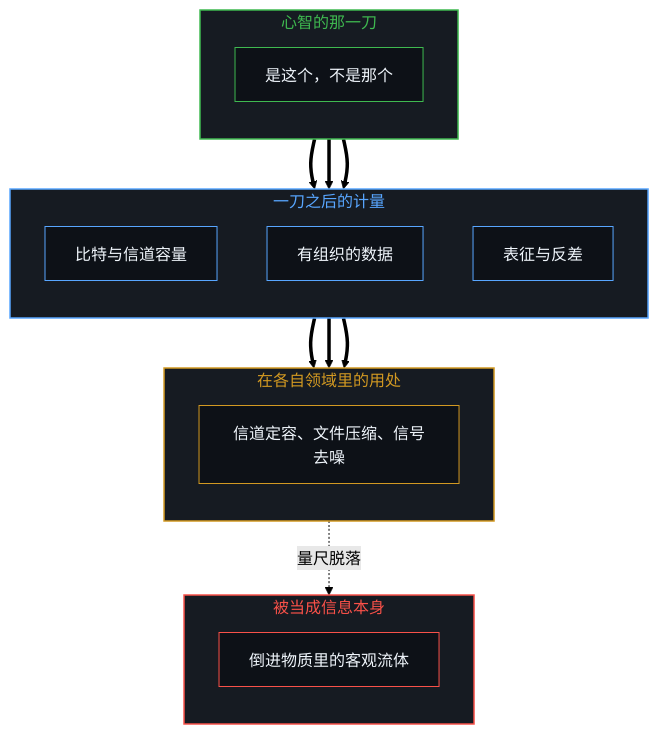
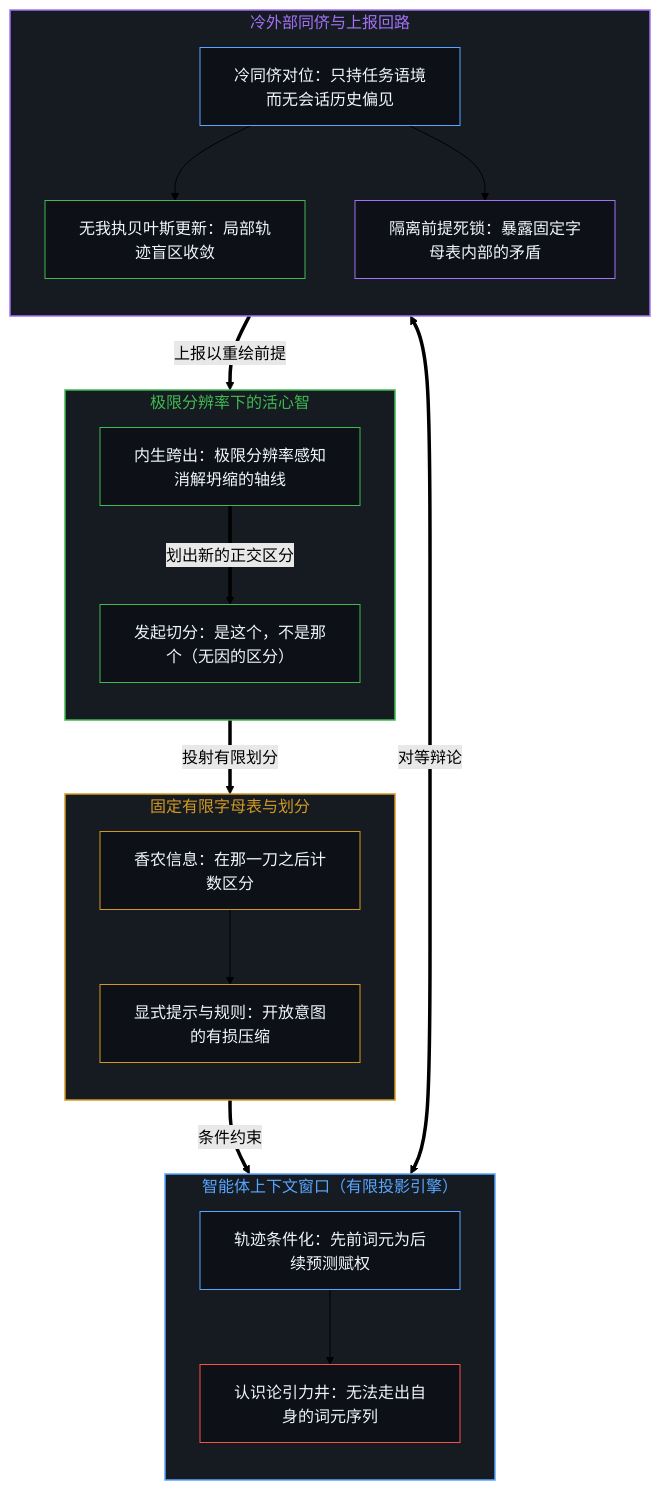
One commit to powerpig99/not-a-toe changed the first of 2 diagrams in content/posts/what-information-is.md. Above: the diagram before and after it, drawn with Mermaid (forest theme). The commit also changed other lines of this file and 1 other file, not shown here.

````diff
--- a/content/posts/what-information-is.md
+++ b/content/posts/what-information-is.md
@@ -42,38 +43,51 @@
 ```mermaid
 flowchart TD
-    subgraph S_Cut["心智的那一刀"]
+    subgraph S_Mind["极限分辨率下的活心智"]
         direction TB
-        C1["是这个，不是那个"]
+        C1["发起切分：是这个，不是那个（无因的区分）"]
+        C2["内生跨出：极限分辨率感知消解坍缩的轴线"]
     end
-    subgraph S_Count["一刀之后的计量"]
+
+    subgraph S_Alphabet["固定有限字母表与划分"]
         direction TB
-        M1["比特与信道容量"]
-        M2["有组织的数据"]
-        M3["表征与反差"]
+        M1["香农信息：在那一刀之后计数区分"]
+        M2["显式提示与规则：开放意图的有损压缩"]
+        M1 --> M2
     end
-    subgraph S_Use["在各自领域里的用处"]
+
+    subgraph S_Engine["智能体上下文窗口（有限投影引擎）"]
         direction TB
-        U1["信道定容、文件压缩、信号去噪"]
+        E1["轨迹条件化：先前词元为后续预测赋权"]
+        E2["认识论引力井：无法走出自身的词元序列"]
+        E1 --> E2
     end
-    subgraph S_Freeze["被当成信息本身"]
+
+    subgraph S_Peer["冷外部同侪与上报回路"]
         direction TB
-        F1["倒进物质里的客观流体"]
+        P1["冷同侪对位：只持任务语境而无会话历史偏见"]
+        P2["无我执贝叶斯更新：局部轨迹盲区收敛"]
+        P3["隔离前提死锁：暴露固定字母表内部的矛盾"]
+        P1 --> P2
+        P1 --> P3
     end
-    C1 ==> M1
-    C1 ==> M2
-    C1 ==> M3
-    M1 ==> U1
-    M2 ==> U1
-    M3 ==> U1
-    U1 -.->|"量尺脱落"| F1
-    style S_Cut fill:#161b22,stroke:#3fb950,stroke-width:1.5px,color:#3fb950
-    style S_Count fill:#161b22,stroke:#58a6ff,stroke-width:1.5px,color:#58a6ff
-    style S_Use fill:#161b22,stroke:#d29922,stroke-width:1.5px,color:#d29922
-    style S_Freeze fill:#161b22,stroke:#f85149,stroke-width:1.5px,color:#f85149
+
+    C1 ==>|"投射有限划分"| M1
+    M2 ==>|"条件约束"| E1
+    E2 <===>|"对等辩论"| P1
+    P3 ==>|"上报以重绘前提"| C2
+    C2 ==>|"划出新的正交区分"| C1
+
+    style S_Mind fill:#161b22,stroke:#3fb950,stroke-width:1.5px,color:#3fb950
+    style S_Alphabet fill:#161b22,stroke:#d29922,stroke-width:1.5px,color:#d29922
+    style S_Engine fill:#161b22,stroke:#58a6ff,stroke-width:1.5px,color:#58a6ff
+    style S_Peer fill:#161b22,stroke:#a371f7,stroke-width:1.5px,color:#a371f7
     style C1 fill:#0d1117,stroke:#3fb950,stroke-width:1px,color:#f0f6fc
-    style M1 fill:#0d1117,stroke:#58a6ff,stroke-width:1px,color:#f0f6fc
-    style M2 fill:#0d1117,stroke:#58a6ff,stroke-width:1px,color:#f0f6fc
-    style M3 fill:#0d1117,stroke:#58a6ff,stroke-width:1px,color:#f0f6fc
-    style U1 fill:#0d1117,stroke:#d29922,stroke-width:1px,color:#f0f6fc
-    style F1 fill:#0d1117,stroke:#f85149,stroke-width:1px,color:#f0f6fc
+    style C2 fill:#0d1117,stroke:#3fb950,stroke-width:1px,color:#f0f6fc
+    style M1 fill:#0d1117,stroke:#d29922,stroke-width:1px,color:#f0f6fc
+    style M2 fill:#0d1117,stroke:#d29922,stroke-width:1px,color:#f0f6fc
+    style E1 fill:#0d1117,stroke:#58a6ff,stroke-width:1px,color:#f0f6fc
+    style E2 fill:#0d1117,stroke:#f85149,stroke-width:1px,color:#f0f6fc
+    style P1 fill:#0d1117,stroke:#58a6ff,stroke-width:1px,color:#f0f6fc
+    style P2 fill:#0d1117,stroke:#3fb950,stroke-width:1px,color:#f0f6fc
+    style P3 fill:#0d1117,stroke:#a371f7,stroke-width:1px,color:#f0f6fc
 ```
````
